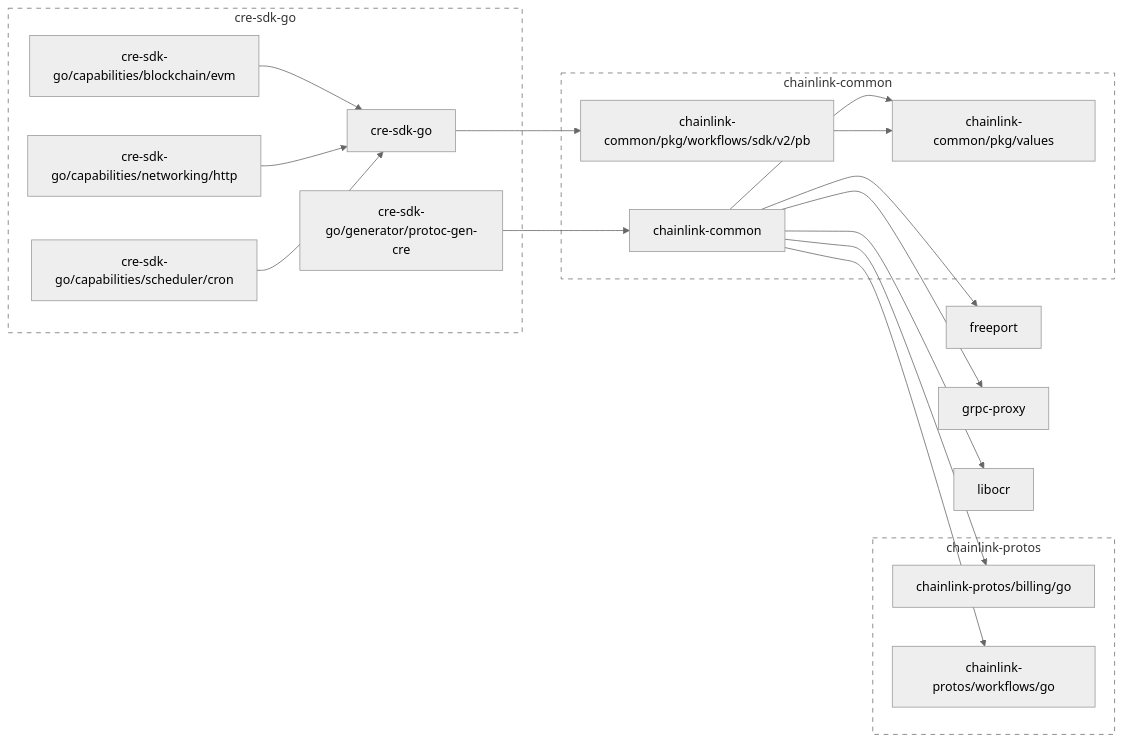
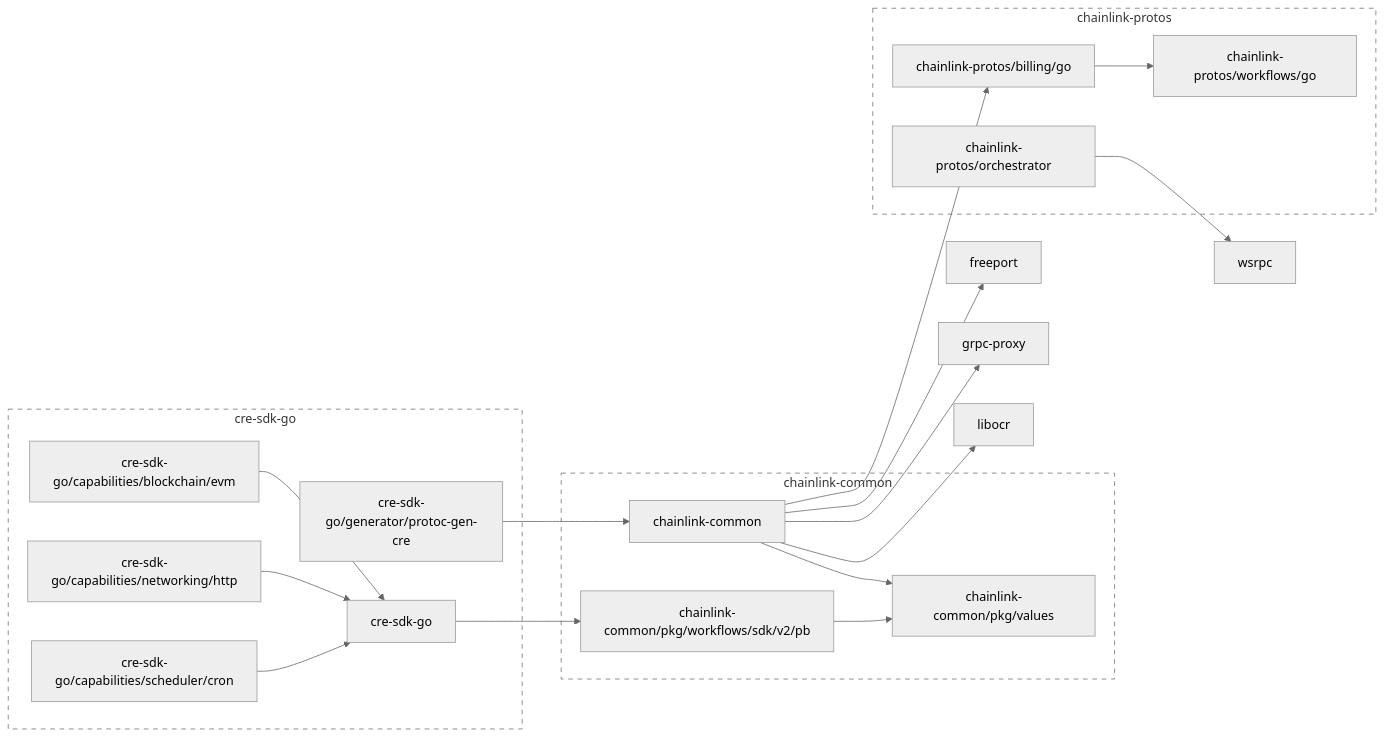
Before and after one commit to smartcontractkit/cre-sdk-go: the diagram in go.md, drawn with Mermaid (neutral theme). The commit also changed 5 other files, not shown here.

````diff
--- a/go.md
+++ b/go.md
@@ -2,60 +2,64 @@
 ```mermaid
 flowchart LR
 
 	chainlink-common --> chainlink-common/pkg/values
 	chainlink-common --> chainlink-protos/billing/go
-	chainlink-common --> chainlink-protos/workflows/go
 	chainlink-common --> freeport
 	chainlink-common --> grpc-proxy
 	chainlink-common --> libocr
 	click chainlink-common href "https://github.com/smartcontractkit/chainlink-common"
 	chainlink-common/pkg/values
 	click chainlink-common/pkg/values href "https://github.com/smartcontractkit/chainlink-common"
 	chainlink-common/pkg/workflows/sdk/v2/pb --> chainlink-common/pkg/values
 	click chainlink-common/pkg/workflows/sdk/v2/pb href "https://github.com/smartcontractkit/chainlink-common"
-	chainlink-protos/billing/go
+	chainlink-protos/billing/go --> chainlink-protos/workflows/go
 	click chainlink-protos/billing/go href "https://github.com/smartcontractkit/chainlink-protos"
+	chainlink-protos/orchestrator --> wsrpc
+	click chainlink-protos/orchestrator href "https://github.com/smartcontractkit/chainlink-protos"
 	chainlink-protos/workflows/go
 	click chainlink-protos/workflows/go href "https://github.com/smartcontractkit/chainlink-protos"
 	cre-sdk-go --> chainlink-common/pkg/workflows/sdk/v2/pb
 	click cre-sdk-go href "https://github.com/smartcontractkit/cre-sdk-go"
 	cre-sdk-go/capabilities/blockchain/evm --> cre-sdk-go
 	click cre-sdk-go/capabilities/blockchain/evm href "https://github.com/smartcontractkit/cre-sdk-go"
 	cre-sdk-go/capabilities/networking/http --> cre-sdk-go
 	click cre-sdk-go/capabilities/networking/http href "https://github.com/smartcontractkit/cre-sdk-go"
 	cre-sdk-go/capabilities/scheduler/cron --> cre-sdk-go
 	click cre-sdk-go/capabilities/scheduler/cron href "https://github.com/smartcontractkit/cre-sdk-go"
 	cre-sdk-go/generator/protoc-gen-cre --> chainlink-common
 	click cre-sdk-go/generator/protoc-gen-cre href "https://github.com/smartcontractkit/cre-sdk-go"
 	freeport
 	click freeport href "https://github.com/smartcontractkit/freeport"
 	grpc-proxy
 	click grpc-proxy href "https://github.com/smartcontractkit/grpc-proxy"
 	libocr
 	click libocr href "https://github.com/smartcontractkit/libocr"
+	wsrpc
+	click wsrpc href "https://github.com/smartcontractkit/wsrpc"
 
 	subgraph chainlink-common-repo[chainlink-common]
 		 chainlink-common
 		 chainlink-common/pkg/values
 		 chainlink-common/pkg/workflows/sdk/v2/pb
 	end
 	click chainlink-common-repo href "https://github.com/smartcontractkit/chainlink-common"
 
 	subgraph chainlink-protos-repo[chainlink-protos]
 		 chainlink-protos/billing/go
+		 chainlink-protos/orchestrator
 		 chainlink-protos/workflows/go
 	end
 	click chainlink-protos-repo href "https://github.com/smartcontractkit/chainlink-protos"
 
 	subgraph cre-sdk-go-repo[cre-sdk-go]
 		 cre-sdk-go
 		 cre-sdk-go/capabilities/blockchain/evm
 		 cre-sdk-go/capabilities/networking/http
 		 cre-sdk-go/capabilities/scheduler/cron
 		 cre-sdk-go/generator/protoc-gen-cre
 	end
 	click cre-sdk-go-repo href "https://github.com/smartcontractkit/cre-sdk-go"
 
 	classDef outline stroke-dasharray:6,fill:none;
 	class chainlink-common-repo,chainlink-protos-repo,cre-sdk-go-repo outline
 ```
````
